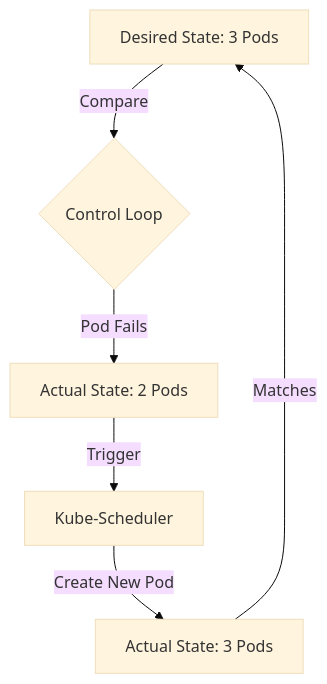
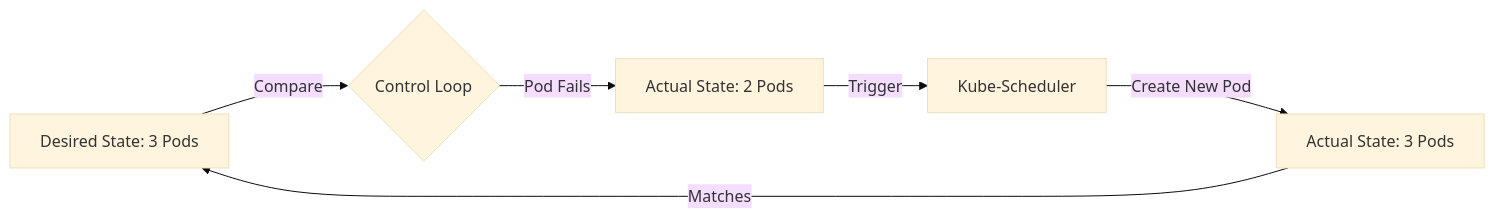
One commit to Aravind-devops-1/devops_ganesh changed the diagram in 03-workload-management/01-workload-management-concepts/01.02-self-healing-demo.md. Above: the diagram before and after it, drawn with Mermaid (base theme). The commit also changed other lines of this file, not shown here.

````diff
--- a/03-workload-management/01-workload-management-concepts/01.02-self-healing-demo.md
+++ b/03-workload-management/01-workload-management-concepts/01.02-self-healing-demo.md
@@ -22,9 +22,9 @@
 ```mermaid
-graph TD
+graph LR
     A[Desired State: 3 Pods] -->|Compare| B{Control Loop}
     B -->|Pod Fails| C[Actual State: 2 Pods]
     C -->|Trigger| D[Kube-Scheduler]
     D -->|Create New Pod| E[Actual State: 3 Pods]
     E -->|Matches| A
 
 ```
````
